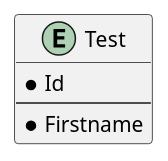
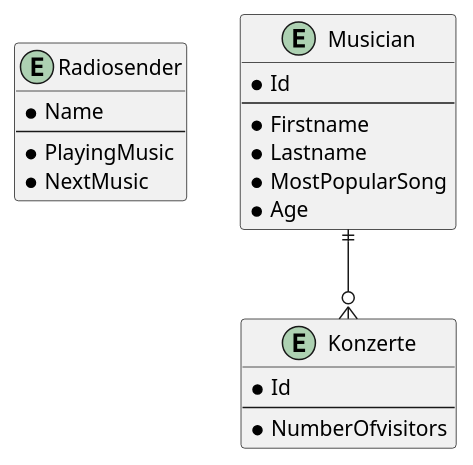
Before and after one commit to MarcelMaier123/maier: the diagram in model.puml, drawn with PlantUML.

Commit message:
PlantUMLv01

```diff
--- a/model.puml
+++ b/model.puml
@@ -1,8 +1,27 @@
 @startuml
 
-entity Test {
+entity Radiosender {
+    *Name
+    ---
+    *PlayingMusic
+    *NextMusic
+}
+
+entity Musician {
     *Id
     ---
     *Firstname
+    *Lastname
+    *MostPopularSong
+    *Age
 }
+
+entity Konzerte {
+    *Id
+    ---
+    *NumberOfvisitors
+}
+
+Musician ||--o{ Konzerte
+
 @enduml
```
